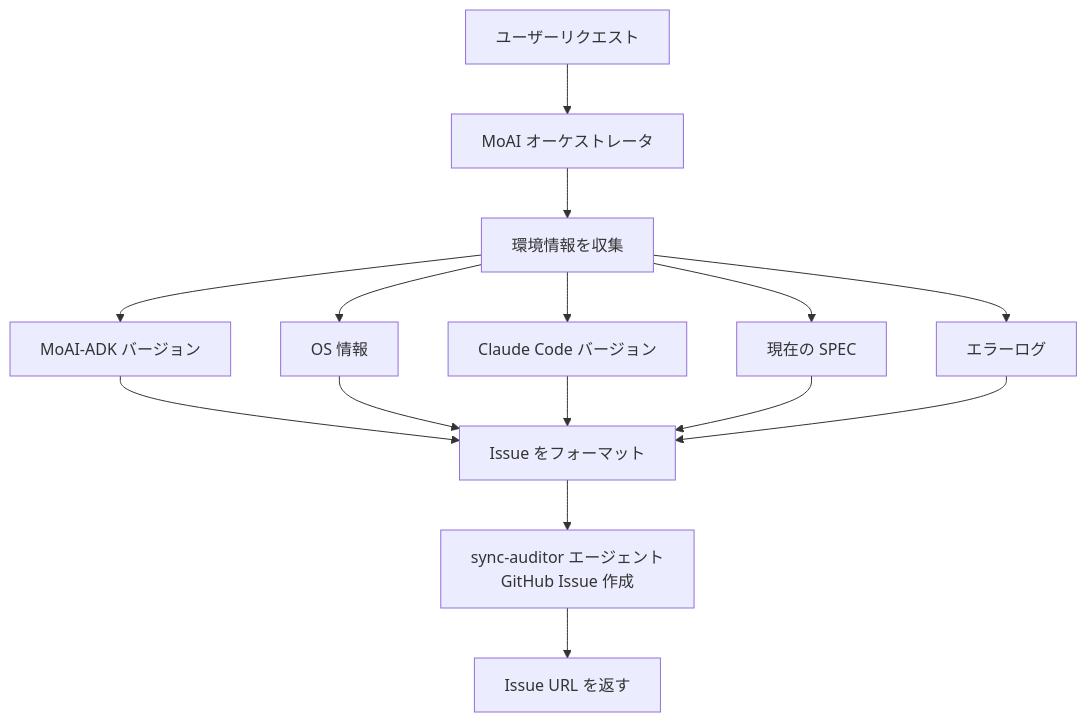
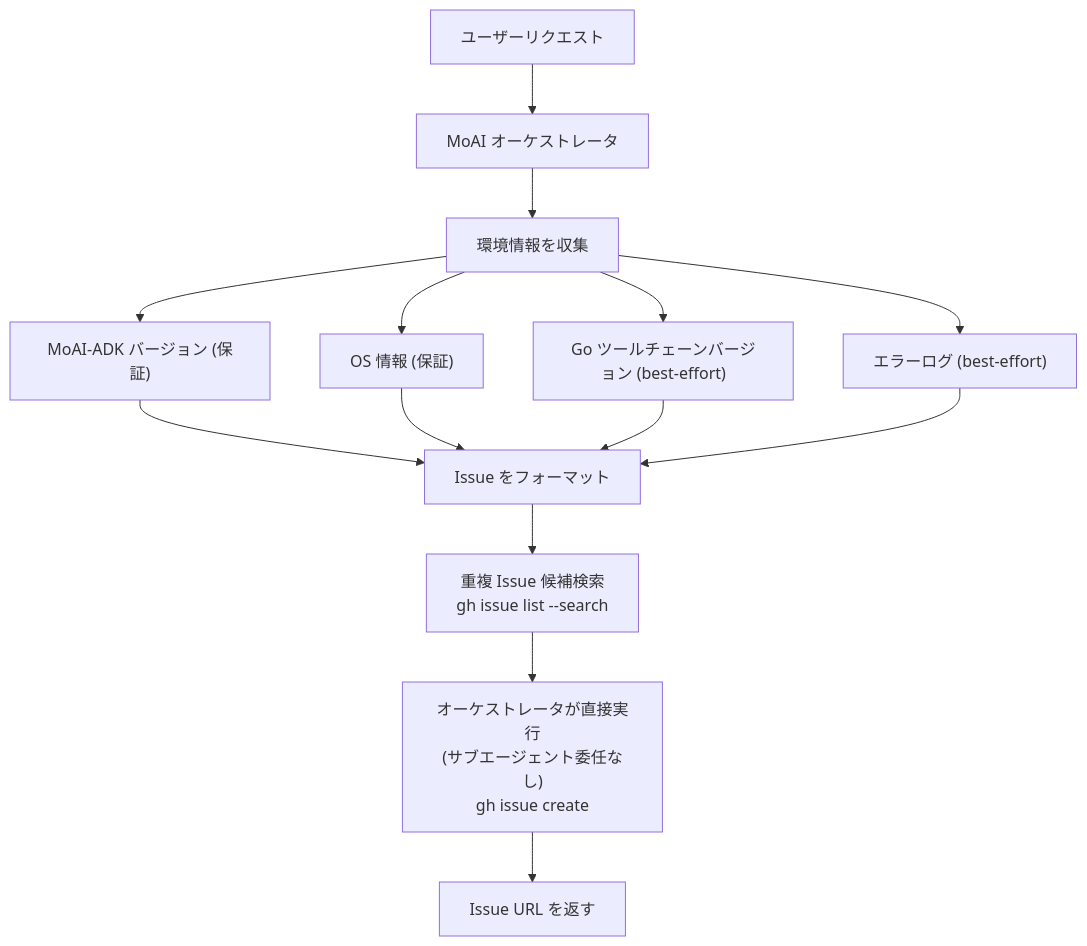
The second of 2 diagrams in docs-site/content/ja/utility-commands/moai-feedback.md (modu-ai/moai-adk), drawn with Mermaid before and after one commit. The commit also changed other lines of this file and 3 other files, not shown here.

First line of the commit message:
feat(SPEC-V3R6-DOCS-I18N-COMPLETION-001): M2 — REQ-DPC-006 en/ja/zh feedback 번역 + sync-auditor 정정

````diff
--- a/docs-site/content/ja/utility-commands/moai-feedback.md
+++ b/docs-site/content/ja/utility-commands/moai-feedback.md
@@ -124,20 +150,19 @@
 ```mermaid
 flowchart TD
     User["ユーザーリクエスト"] --> Orchestrator["MoAI オーケストレータ"]
     Orchestrator --> Collect["環境情報を収集"]
 
-    Collect --> Info1["MoAI-ADK バージョン"]
-    Collect --> Info2["OS 情報"]
-    Collect --> Info3["Claude Code バージョン"]
-    Collect --> Info4["現在の SPEC"]
-    Collect --> Info5["エラーログ"]
+    Collect --> Info1["MoAI-ADK バージョン (保証)"]
+    Collect --> Info2["OS 情報 (保証)"]
+    Collect --> Info3["Go ツールチェーンバージョン (best-effort)"]
+    Collect --> Info4["エラーログ (best-effort)"]
 
     Info1 --> Format["Issue をフォーマット"]
     Info2 --> Format
     Info3 --> Format
     Info4 --> Format
-    Info5 --> Format
 
-    Format --> GitHub["sync-auditor エージェント<br/>GitHub Issue 作成"]
+    Format --> Dup["重複 Issue 候補検索<br/>gh issue list --search"]
+    Dup --> GitHub["オーケストレータが直接実行<br/>(サブエージェント委任なし)<br/>gh issue create"]
     GitHub --> Complete["Issue URL を返す"]
 ```
````
